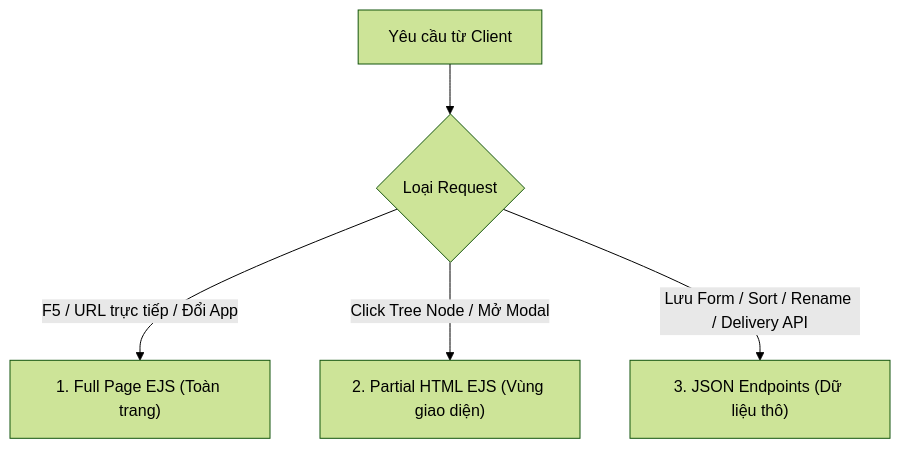
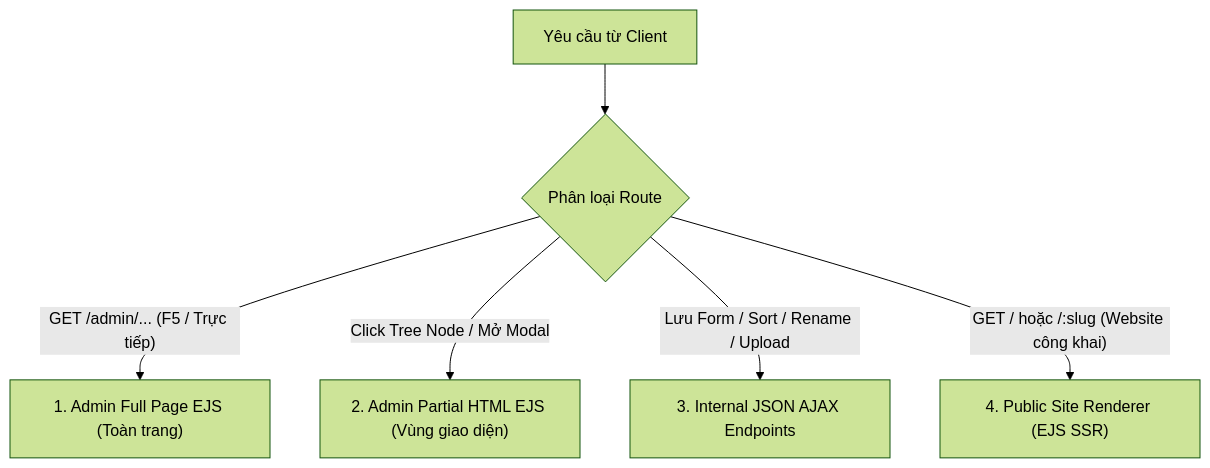
One commit to mittomao/Admin-CMS changed the diagram in docs/rules/04-routing.md. Above: the diagram before and after it, drawn with Mermaid (forest theme). The commit also changed other lines of this file and 88 other files, not shown here.

````diff
--- a/docs/rules/04-routing.md
+++ b/docs/rules/04-routing.md
@@ -10,7 +10,8 @@
 ```mermaid
 flowchart TD
-    Req["Yêu cầu từ Client"] --> Type{"Loại Request"}
-    Type -->|"F5 / URL trực tiếp / Đổi App"| Full["1. Full Page EJS (Toàn trang)"]
-    Type -->|"Click Tree Node / Mở Modal"| Partial["2. Partial HTML EJS (Vùng giao diện)"]
-    Type -->|"Lưu Form / Sort / Rename / Delivery API"| JSON["3. JSON Endpoints (Dữ liệu thô)"]
+    Req["Yêu cầu từ Client"] --> Type{"Phân loại Route"}
+    Type -->|"GET /admin/... (F5 / Trực tiếp)"| Full["1. Admin Full Page EJS (Toàn trang)"]
+    Type -->|"Click Tree Node / Mở Modal"| Partial["2. Admin Partial HTML EJS (Vùng giao diện)"]
+    Type -->|"Lưu Form / Sort / Rename / Upload"| JSON["3. Internal JSON AJAX Endpoints"]
+    Type -->|"GET / hoặc /:slug (Website công khai)"| Site["4. Public Site Renderer (EJS SSR)"]
 ```
````
